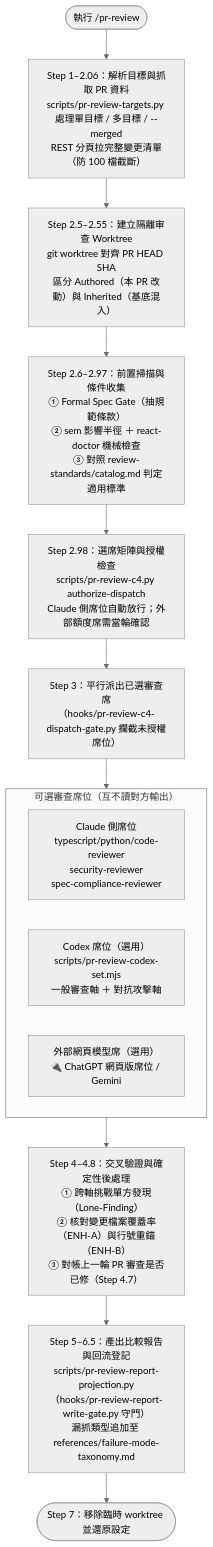
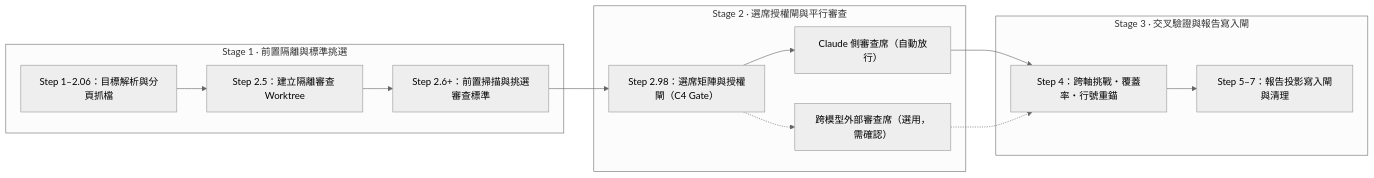
One commit to GGGODLIN/gggodlin-cc-harness changed the diagram in commands/pr-review.overview.md. Above: the diagram before and after it, drawn with Mermaid (neutral theme). The commit also changed other lines of this file and 2 other files, not shown here.

Commit message:
docs(pr-review): add wide Diagram Design SVG overview figure

````diff
--- a/commands/pr-review.overview.md
+++ b/commands/pr-review.overview.md
@@ -7,21 +12,16 @@
 ```mermaid
-flowchart TD
-  Start(["執行 /pr-review"]) --> Prep["Step 1–2.06：解析目標與抓取 PR 資料\nscripts/pr-review-targets.py 處理單目標 / 多目標 / --merged\nREST 分頁拉完整變更清單（防 100 檔截斷）"]
-  Prep --> Worktree["Step 2.5–2.55：建立隔離审查 Worktree\ngit worktree 對齊 PR HEAD SHA\n區分 Authored（本 PR 改動）與 Inherited（基底混入）"]
-  Worktree --> SpecGate["Step 2.6–2.97：前置掃描與條件收集\n① Formal Spec Gate（抽規範條款）\n② sem 影響半徑 ＋ react-doctor 機械檢查\n③ 對照 review-standards/catalog.md 判定適用標準"]
-  SpecGate --> Matrix["Step 2.98：選席矩陣與授權檢查\nscripts/pr-review-c4.py authorize-dispatch\nClaude 側席位自動放行；外部額度席需當輪確認"]
-
-  Matrix --> Dispatch["Step 3：平行派出已選審查席\n（hooks/pr-review-c4-dispatch-gate.py 攔截未授權席位）"]
-
-  subgraph Seats["可選審查席位（互不讀對方輸出）"]
-    direction LR
-    SClaude["Claude 側席位\ntypescript/python/code-reviewer\nsecurity-reviewer\nspec-compliance-reviewer"]
-    SCodex["Codex 席位（選用）\nscripts/pr-review-codex-set.mjs\n一般審查軸 ＋ 對抗攻擊軸"]
-    SWeb["外部網頁模型席（選用）\n🔌 ChatGPT 網頁版席位 / Gemini"]
+flowchart LR
+  subgraph S1["Stage 1 · 前置隔離與標準挑選"]
+    Prep["Step 1–2.06：目標解析與分頁抓檔"] --> Worktree["Step 2.5：建立隔離審查 Worktree"] --> SpecGate["Step 2.6+：前置掃描與挑選審查標準"]
   end
-
-  Dispatch --> Seats
-  Seats --> Verify["Step 4–4.8：交叉驗證與確定性後處理\n① 跨軸挑戰單方發現（Lone-Finding）\n② 核對變更檔案覆蓋率（ENH-A）與行號重錨（ENH-B）\n③ 對帳上一輪 PR 審查是否已修（Step 4.7）"]
-  Verify --> Report["Step 5–6.5：產出比較報告與回流登記\nscripts/pr-review-report-projection.py\n（hooks/pr-review-report-write-gate.py 守門）\n漏抓類型追加至 references/failure-mode-taxonomy.md"]
-  Report --> Cleanup(["Step 7：移除臨時 worktree 並還原設定"])
+  subgraph S2["Stage 2 · 選席授權閘與平行審查"]
+    Matrix["Step 2.98：選席矩陣與授權閘（C4 Gate）"] --> SClaude["Claude 側審查席（自動放行）"]
+    Matrix -.-> SExt["跨模型外部審查席（選用，需確認）"]
+  end
+  subgraph S3["Stage 3 · 交叉驗證與報告寫入閘"]
+    Verify["Step 4：跨軸挑戰・覆蓋率・行號重錨"] --> Report["Step 5–7：報告投影寫入閘與清理"]
+  end
+  SpecGate --> Matrix
+  SClaude --> Verify
+  SExt -.-> Verify
 ```
````
